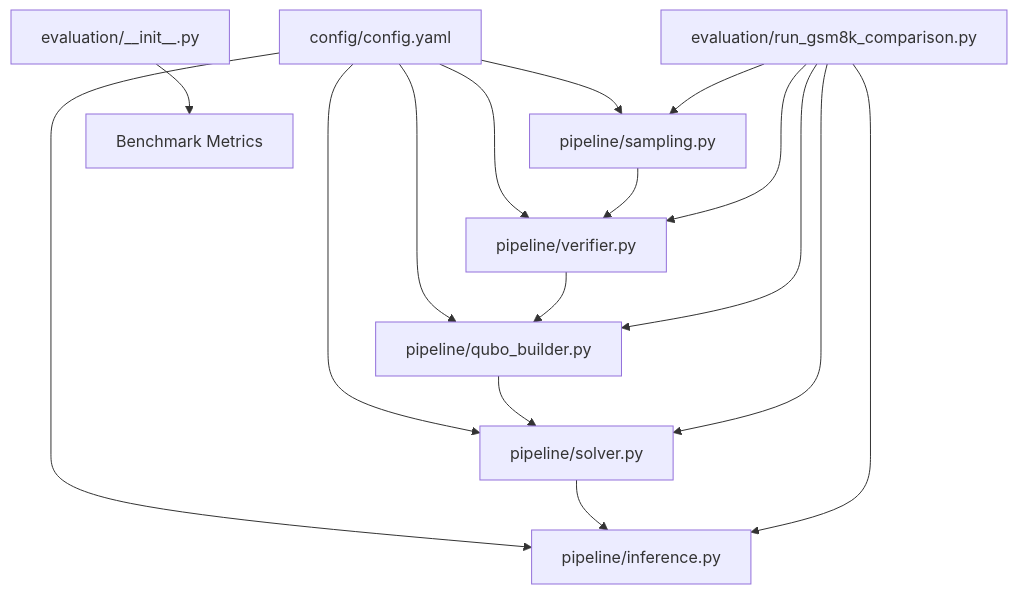
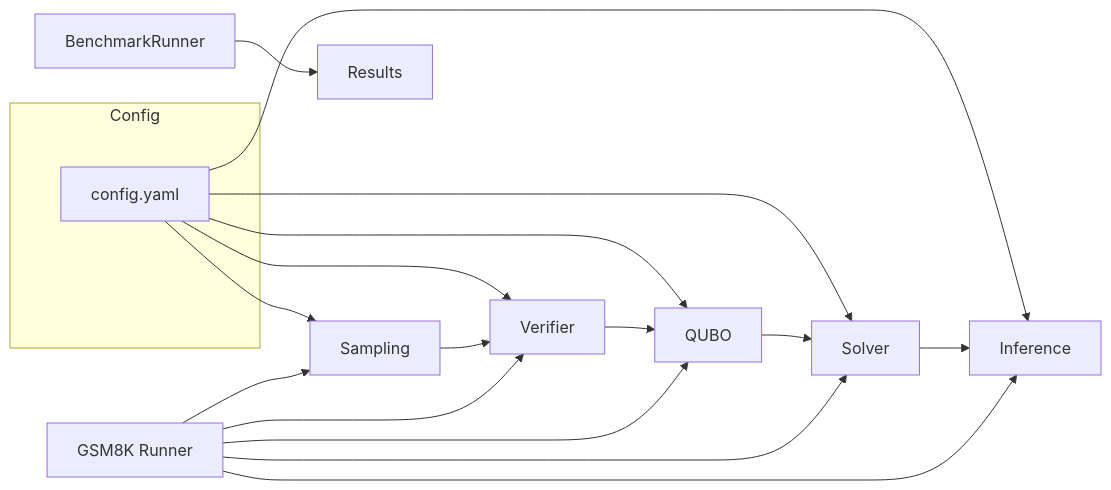
The third of 15 diagrams in README.md (tanaymitra54/samsung_backup), drawn with Mermaid before and after one commit. The commit also changed other lines of this file, not shown here.

Commit message:
Simplify README Mermaid diagrams: shorter labels, cleaner visuals, less text

````diff
--- a/README.md
+++ b/README.md
@@ -105,15 +102,14 @@
 ```mermaid
-graph TD
-    CFG[config/config.yaml] --> SM[pipeline/sampling.py]
-    CFG --> VR[pipeline/verifier.py]
-    CFG --> QB[pipeline/qubo_builder.py]
-    CFG --> SV[pipeline/solver.py]
-    CFG --> IN[pipeline/inference.py]
+flowchart LR
+    subgraph Config
+        C[config.yaml]
+    end
+    C --> SM[Sampling]
+    C --> VR[Verifier]
+    C --> QB[QUBO]
+    C --> SV[Solver]
+    C --> IN[Inference]
     SM --> VR --> QB --> SV --> IN
-    EV1[evaluation/run_gsm8k_comparison.py] --> SM
-    EV1 --> VR
-    EV1 --> QB
-    EV1 --> SV
-    EV1 --> IN
-    EV2[evaluation/__init__.py] --> OUT[Benchmark Metrics]
+    EV1[GSM8K Runner] --> SM & VR & QB & SV & IN
+    EV2[BenchmarkRunner] --> MET[Results]
 ```
````
